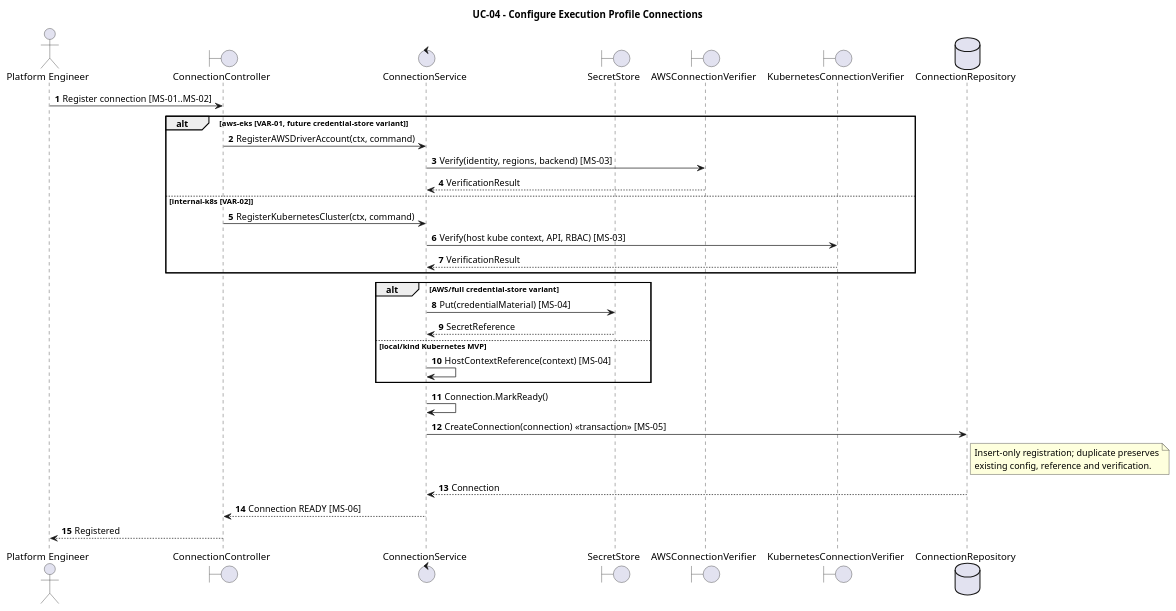
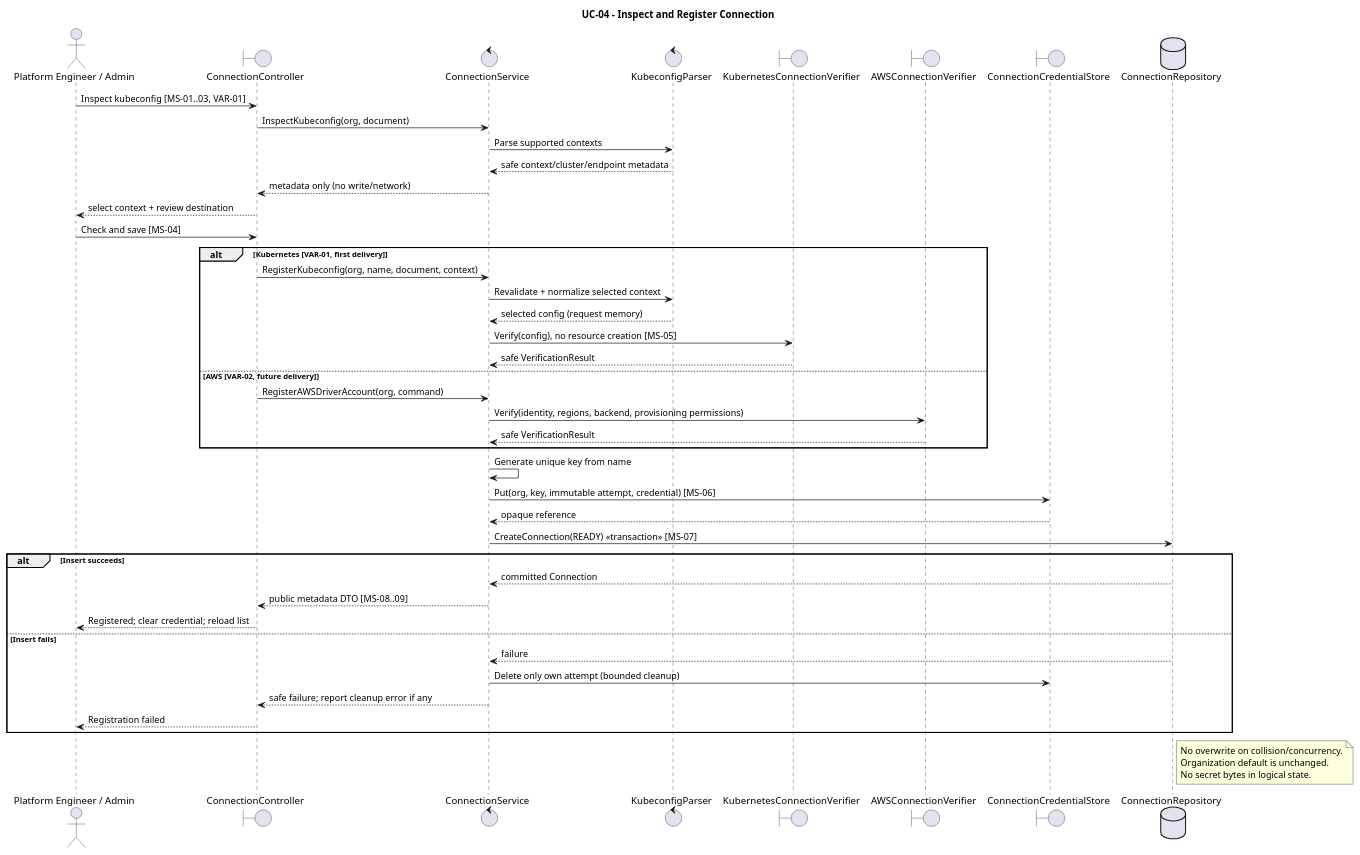
One commit to pr3s3nt/poc changed the diagram in orchestrator_docs/usecase/UC-04/sequence.puml. Above: the diagram before and after it, drawn with PlantUML. The commit also changed 90 other files, not shown here.

First line of the commit message:
Implement UC-04 kubeconfig connections and credential resolution

```diff
--- a/orchestrator_docs/usecase/UC-04/sequence.puml
+++ b/orchestrator_docs/usecase/UC-04/sequence.puml
@@ -1,37 +1,48 @@
 @startuml
-title UC-04 - Configure Execution Profile Connections
-autonumber
-actor "Platform Engineer" as PE
+title UC-04 - Inspect and Register Connection
+actor "Platform Engineer / Admin" as PE
 boundary ConnectionController as API
 control ConnectionService as Service
-boundary SecretStore as Secrets
+control KubeconfigParser as Parser
+boundary KubernetesConnectionVerifier as K8s
 boundary AWSConnectionVerifier as AWS
-boundary KubernetesConnectionVerifier as K8s
+boundary ConnectionCredentialStore as Secrets
 database ConnectionRepository as Repo
-
-PE -> API: Register connection [MS-01..MS-02]
-alt aws-eks [VAR-01, future credential-store variant]
-  API -> Service: RegisterAWSDriverAccount(ctx, command)
-  Service -> AWS: Verify(identity, regions, backend) [MS-03]
-  AWS --> Service: VerificationResult
-else internal-k8s [VAR-02]
-  API -> Service: RegisterKubernetesCluster(ctx, command)
-  Service -> K8s: Verify(host kube context, API, RBAC) [MS-03]
-  K8s --> Service: VerificationResult
+PE -> API: Inspect kubeconfig [MS-01..03, VAR-01]
+API -> Service: InspectKubeconfig(org, document)
+Service -> Parser: Parse supported contexts
+Parser --> Service: safe context/cluster/endpoint metadata
+Service --> API: metadata only (no write/network)
+API --> PE: select context + review destination
+PE -> API: Check and save [MS-04]
+alt Kubernetes [VAR-01, first delivery]
+  API -> Service: RegisterKubeconfig(org, name, document, context)
+  Service -> Parser: Revalidate + normalize selected context
+  Parser --> Service: selected config (request memory)
+  Service -> K8s: Verify(config), no resource creation [MS-05]
+  K8s --> Service: safe VerificationResult
+else AWS [VAR-02, future delivery]
+  API -> Service: RegisterAWSDriverAccount(org, command)
+  Service -> AWS: Verify(identity, regions, backend, provisioning permissions)
+  AWS --> Service: safe VerificationResult
 end
-alt AWS/full credential-store variant
-  Service -> Secrets: Put(credentialMaterial) [MS-04]
-  Secrets --> Service: SecretReference
-else local/kind Kubernetes MVP
-  Service -> Service: HostContextReference(context) [MS-04]
+Service -> Service: Generate unique key from name
+Service -> Secrets: Put(org, key, immutable attempt, credential) [MS-06]
+Secrets --> Service: opaque reference
+Service -> Repo: CreateConnection(READY) <<transaction>> [MS-07]
+alt Insert succeeds
+  Repo --> Service: committed Connection
+  Service --> API: public metadata DTO [MS-08..09]
+  API --> PE: Registered; clear credential; reload list
+else Insert fails
+  Repo --> Service: failure
+  Service -> Secrets: Delete only own attempt (bounded cleanup)
+  Service --> API: safe failure; report cleanup error if any
+  API --> PE: Registration failed
 end
-Service -> Service: Connection.MarkReady()
-Service -> Repo: CreateConnection(connection) <<transaction>> [MS-05]
 note right of Repo
-Insert-only registration; duplicate preserves
-existing config, reference and verification.
+No overwrite on collision/concurrency.
+Organization default is unchanged.
+No secret bytes in logical state.
 end note
-Repo --> Service: Connection
-Service --> API: Connection READY [MS-06]
-API --> PE: Registered
 @enduml
```
